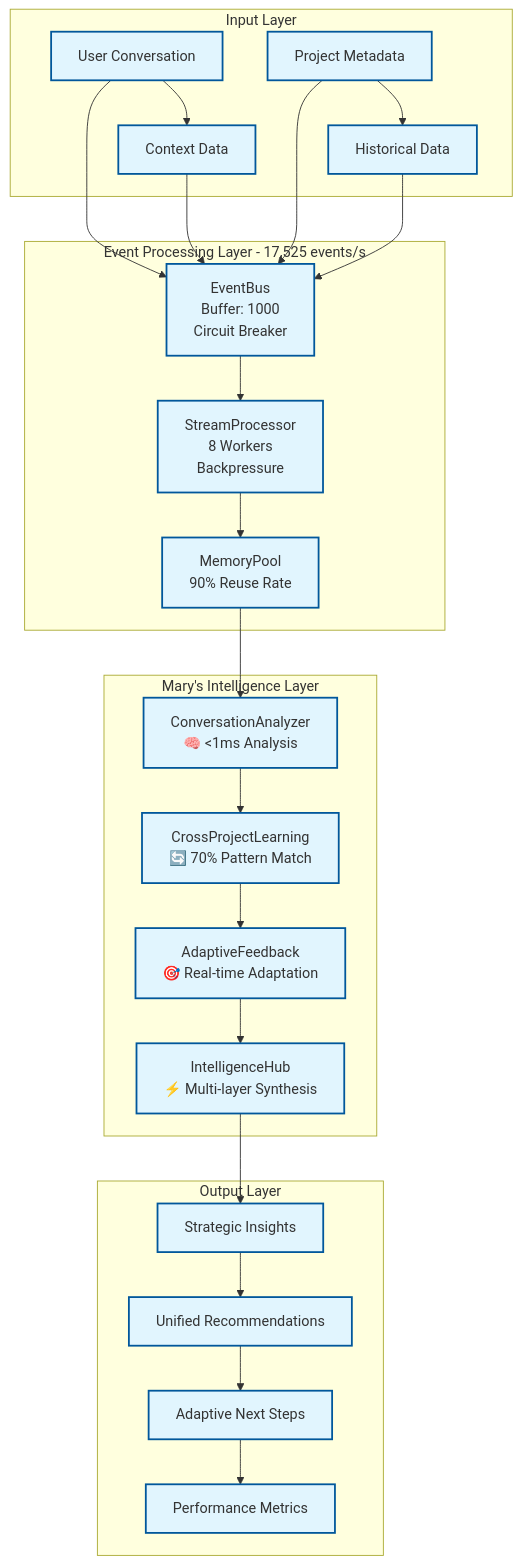
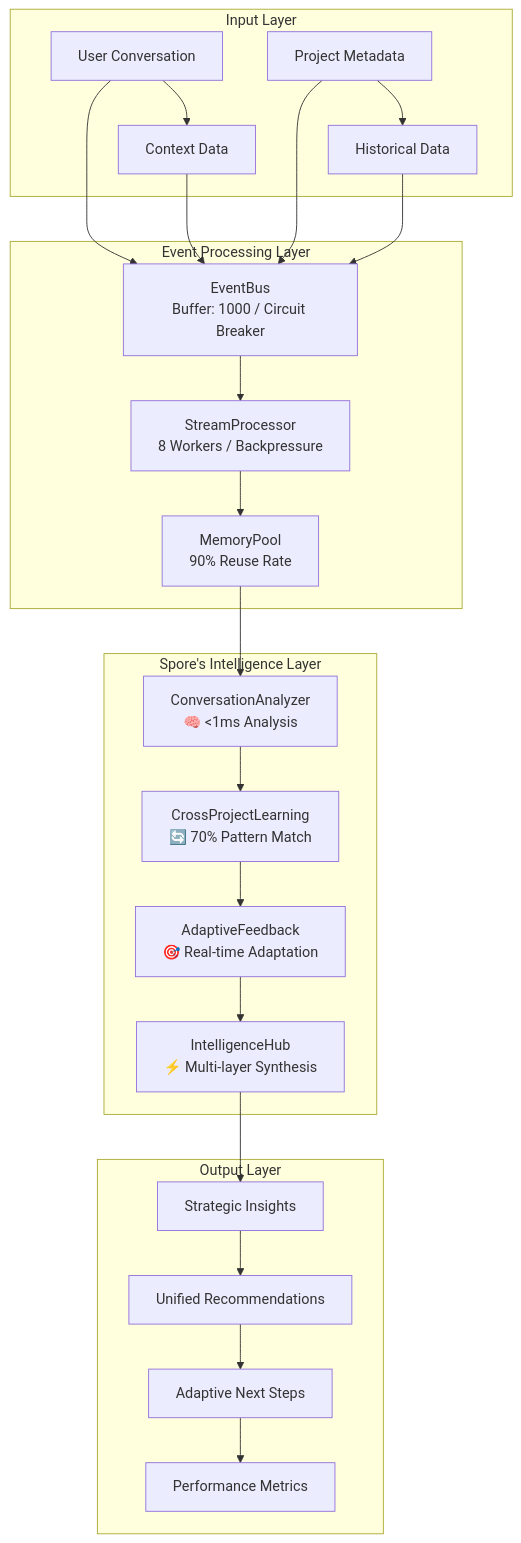
One commit to Habdel-Edenfield/microbioma-digital changed the third of 3 diagrams in README.md. Above: the diagram before and after it, drawn with Mermaid.

Commit message:
Update README.md
Readme.v3

````diff
--- a/README.md
+++ b/README.md
@@ -337,38 +337,43 @@
 ```mermaid
-flowchart TD
+graph TD
     subgraph "Input Layer"
         I1[User Conversation] --> I2[Context Data]
         I3[Project Metadata] --> I4[Historical Data]
     end
     
-    subgraph "Event Processing Layer - 17,525 events/s"
-        E1[EventBus<br/>Buffer: 1000<br/>Circuit Breaker] --> E2[StreamProcessor<br/>8 Workers<br/>Backpressure]
+    subgraph "Event Processing Layer"
+        E1[EventBus<br/>Buffer: 1000 / Circuit Breaker] --> E2[StreamProcessor<br/>8 Workers / Backpressure]
         E2 --> E3[MemoryPool<br/>90% Reuse Rate]
     end
     
-    subgraph "Mary's Intelligence Layer"
-        M1[ConversationAnalyzer<br/>🧠 <1ms Analysis] --> M2[CrossProjectLearning<br/>🔄 70% Pattern Match]
-        M2 --> M3[AdaptiveFeedback<br/>🎯 Real-time Adaptation]
-        M3 --> M4[IntelligenceHub<br/>⚡ Multi-layer Synthesis]
+    subgraph "Spore's Intelligence Layer"
+        M1[ConversationAnalyzer<br/>🧠 <1ms Analysis]
+        M2[CrossProjectLearning<br/>🔄 70% Pattern Match]
+        M3[AdaptiveFeedback<br/>🎯 Real-time Adaptation]
+        M4[IntelligenceHub<br/>⚡ Multi-layer Synthesis]
+        
+        M1 --> M2
+        M2 --> M3
+        M3 --> M4
     end
     
     subgraph "Output Layer"
-        O1[Strategic Insights] --> O2[Unified Recommendations]
-        O2 --> O3[Adaptive Next Steps]
-        O3 --> O4[Performance Metrics]
+        O1[Strategic Insights]
+        O2[Unified Recommendations]
+        O3[Adaptive Next Steps]
+        O4[Performance Metrics]
+        
+        O1 --> O2
+        O2 --> O3
+        O3 --> O4
     end
     
+    %% Conexões entre camadas
     I1 --> E1
     I2 --> E1
     I3 --> E1
     I4 --> E1
     
     E3 --> M1
     M4 --> O1
-    
-    %% 🔵 Definição única de estilo
-    classDef default fill:#e1f5fe,stroke:#01579b,stroke-width:2px
-    
-    %% 🔵 Aplica para todos
-    class I1,I2,I3,I4,E1,E2,E3,M1,M2,M3,M4,O1,O2,O3,O4 default
 ```
````
